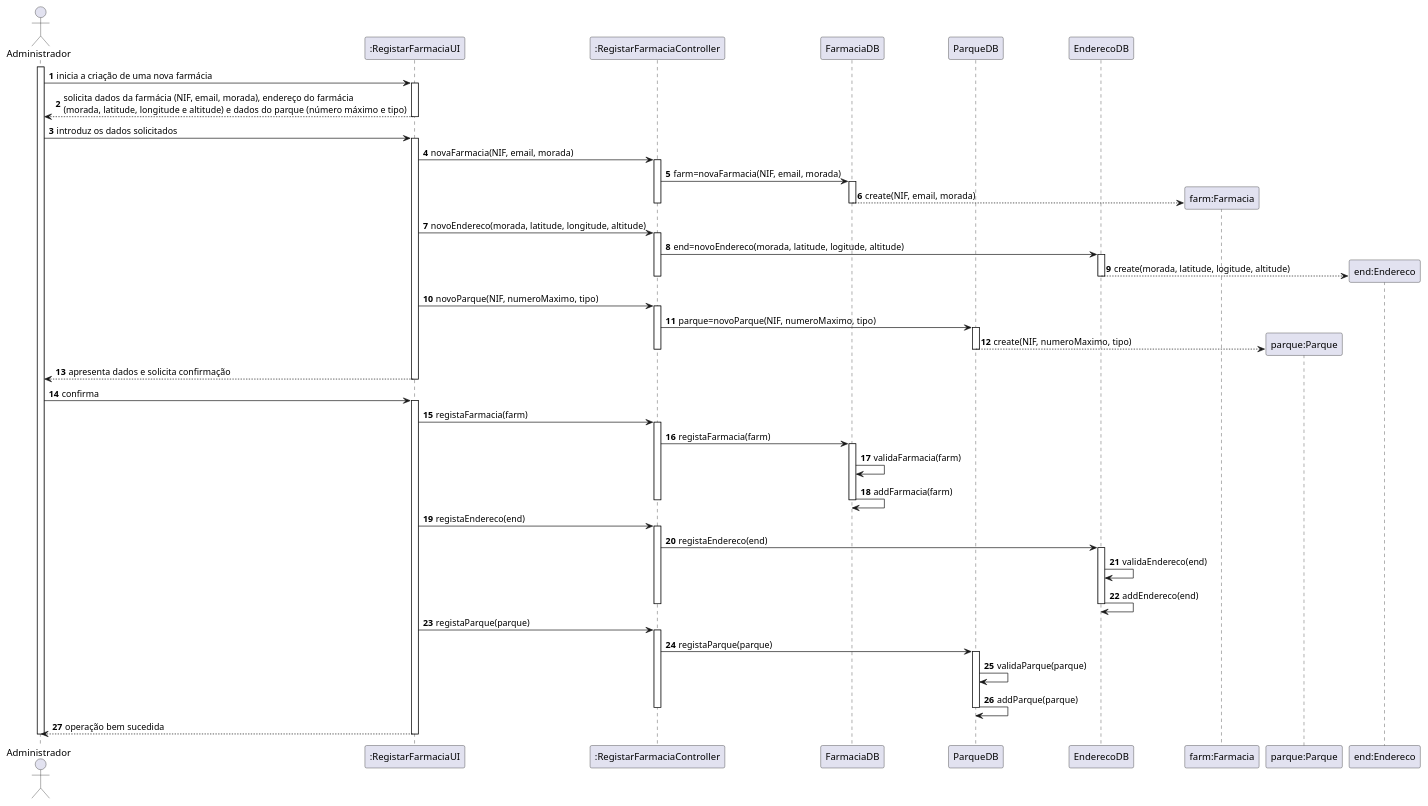
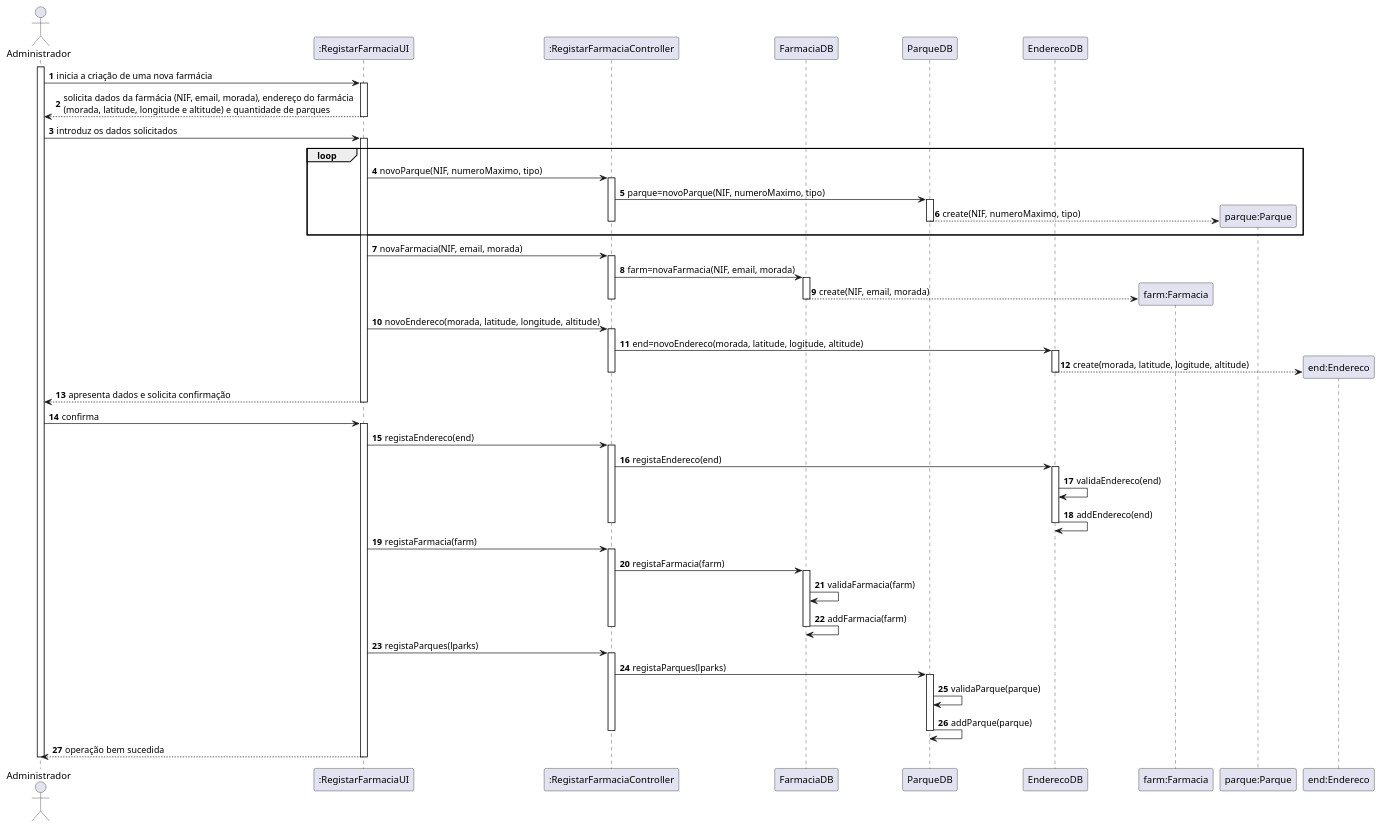
Before and after one commit to pedrolemos4/LAPR3: the diagram in docs/UC128/SD-REGISTAR FARMACIA.puml, drawn with PlantUML. The commit also changed 7 other files, not shown here.

```diff
--- a/docs/UC128/SD-REGISTAR FARMACIA.puml
+++ b/docs/UC128/SD-REGISTAR FARMACIA.puml
@@ -1,88 +1,92 @@
 @startuml
 autonumber
 actor "Administrador" as ADM
 
 participant ":RegistarFarmaciaUI" as UI
 participant ":RegistarFarmaciaController" as CTRL
 participant "FarmaciaDB" as DB
 participant "ParqueDB" as PDB
 participant "EnderecoDB" as EDB
 participant "farm:Farmacia" as FARMACIA
 participant "parque:Parque" as PQ
 participant "end:Endereco" as END
 
 activate ADM
 ADM -> UI : inicia a criação de uma nova farmácia
 activate UI
-UI --> ADM : solicita dados da farmácia (NIF, email, morada), endereço do farmácia \n(morada, latitude, longitude e altitude) e dados do parque (número máximo e tipo)
+UI --> ADM : solicita dados da farmácia (NIF, email, morada), endereço do farmácia \n(morada, latitude, longitude e altitude) e quantidade de parques
 deactivate UI
 
 ADM -> UI : introduz os dados solicitados
 activate UI
+
+loop
+UI -> CTRL : novoParque(NIF, numeroMaximo, tipo)
+activate CTRL
+CTRL -> PDB: parque=novoParque(NIF, numeroMaximo, tipo)
+activate PDB
+PDB --> PQ ** : create(NIF, numeroMaximo, tipo)
+deactivate PDB
+deactivate CTRL
+end loop
+
 UI -> CTRL : novaFarmacia(NIF, email, morada)
 activate CTRL
 
 CTRL -> DB: farm=novaFarmacia(NIF, email, morada)
 activate DB
 DB --> FARMACIA ** : create(NIF, email, morada)
 deactivate DB
 deactivate CTRL
 
 UI -> CTRL : novoEndereco(morada, latitude, longitude, altitude)
 activate CTRL
 CTRL -> EDB: end=novoEndereco(morada, latitude, logitude, altitude)
 activate EDB
 EDB --> END ** : create(morada, latitude, logitude, altitude)
 deactivate EDB
 deactivate CTRL
 
-UI -> CTRL : novoParque(NIF, numeroMaximo, tipo)
-activate CTRL
-CTRL -> PDB: parque=novoParque(NIF, numeroMaximo, tipo)
-activate PDB
-PDB --> PQ ** : create(NIF, numeroMaximo, tipo)
-deactivate PDB
-
-deactivate CTRL
 UI --> ADM : apresenta dados e solicita confirmação
 deactivate UI
 
 ADM -> UI : confirma
 activate UI
+
+UI -> CTRL: registaEndereco(end)
+activate CTRL
+CTRL ->EDB: registaEndereco(end)
+activate EDB
+EDB -> EDB: validaEndereco(end)
+EDB -> EDB: addEndereco(end)
+
+deactivate EDB
+deactivate CTRL
 
 UI -> CTRL: registaFarmacia(farm)
 activate CTRL
 CTRL ->DB: registaFarmacia(farm)
 activate DB
 DB -> DB: validaFarmacia(farm)
 DB -> DB: addFarmacia(farm)
 
 deactivate DB
 deactivate CTRL
 
-UI -> CTRL: registaEndereco(end)
+
+UI -> CTRL: registaParques(lparks)
 activate CTRL
-CTRL ->EDB: registaEndereco(end)
-activate EDB
-EDB -> EDB: validaEndereco(end)
-EDB -> EDB: addEndereco(end)
-
-deactivate EDB
-deactivate CTRL
-
-UI -> CTRL: registaParque(parque)
-activate CTRL
-CTRL ->PDB: registaParque(parque)
+CTRL ->PDB: registaParques(lparks)
 activate PDB
 PDB -> PDB: validaParque(parque)
 PDB -> PDB: addParque(parque)
 
 deactivate PDB
 deactivate CTRL
 
 UI --> ADM : operação bem sucedida
 deactivate UI
 
 deactivate ADM
 
 @enduml
```
